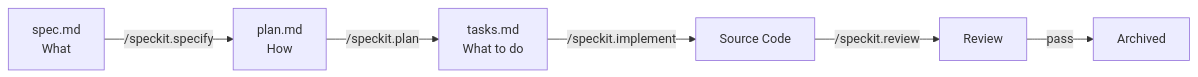
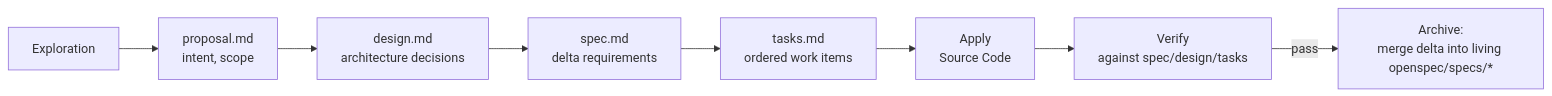
Before and after one commit to pablogore/ego-rs: diagram 11 of 11 in COOKBOOK.md, drawn with Mermaid. The commit also changed other lines of this file, not shown here.

````diff
--- a/COOKBOOK.md
+++ b/COOKBOOK.md
@@ -630,8 +1115,10 @@
 ```mermaid
 flowchart LR
-    Spec["spec.md<br/>What"] -->|"/speckit.specify"| Plan["plan.md<br/>How"]
-    Plan -->|"/speckit.plan"| Tasks["tasks.md<br/>What to do"]
-    Tasks -->|"/speckit.implement"| Code["Source Code"]
-    Code -->|"/speckit.review"| Review["Review"]
-    Review -->|"pass"| Archive["Archived"]
+    Idea["Exploration"] --> Proposal["proposal.md<br/>intent, scope"]
+    Proposal --> Design["design.md<br/>architecture decisions"]
+    Design --> Spec["spec.md<br/>delta requirements"]
+    Spec --> Tasks["tasks.md<br/>ordered work items"]
+    Tasks --> Apply["Apply<br/>Source Code"]
+    Apply --> Verify["Verify<br/>against spec/design/tasks"]
+    Verify -->|"pass"| Archive["Archive:<br/>merge delta into living openspec/specs/*"]
 ```
````
